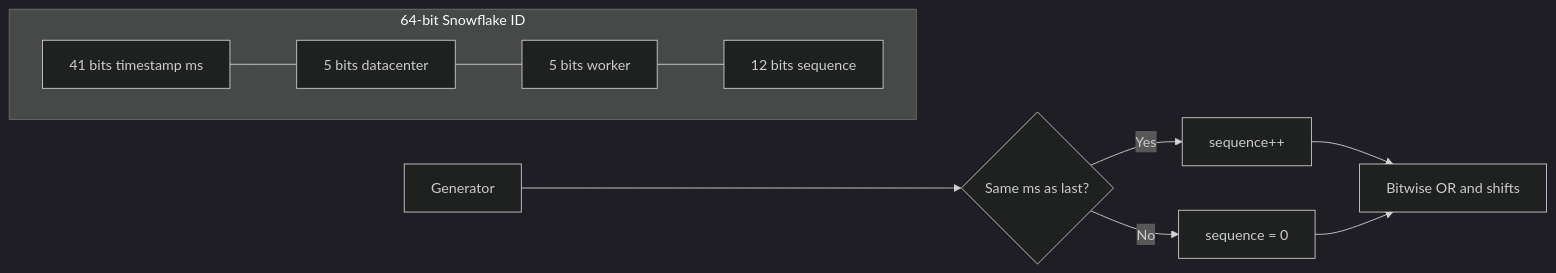
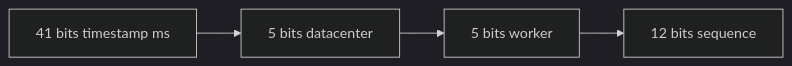
Before and after one commit to hareramcse/SystemDesign: diagram 17 of 20 in 13-advanced-topics/README.md, drawn with Mermaid (dark theme). The commit also changed other lines of this file, not shown here.

````diff
--- a/13-advanced-topics/README.md
+++ b/13-advanced-topics/README.md
@@ -2162,16 +2162,4 @@
 ```mermaid
 flowchart LR
-    subgraph Snowflake[64-bit Snowflake ID]
-        direction LR
-        T[41 bits timestamp ms]
-        DC[5 bits datacenter]
-        W[5 bits worker]
-        S[12 bits sequence]
-        T --- DC --- W --- S
-    end
-    Gen[Generator] --> Clock{Same ms as last?}
-    Clock -->|Yes| Inc[sequence++]
-    Clock -->|No| Reset[sequence = 0]
-    Inc --> Pack[Bitwise OR and shifts]
-    Reset --> Pack
+    T[41 bits timestamp ms] --> DC[5 bits datacenter] --> W[5 bits worker] --> S[12 bits sequence]
 ```
````
